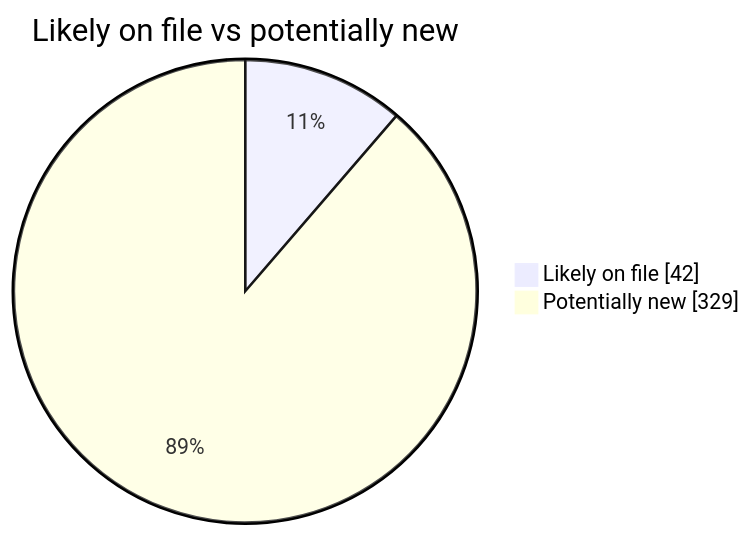
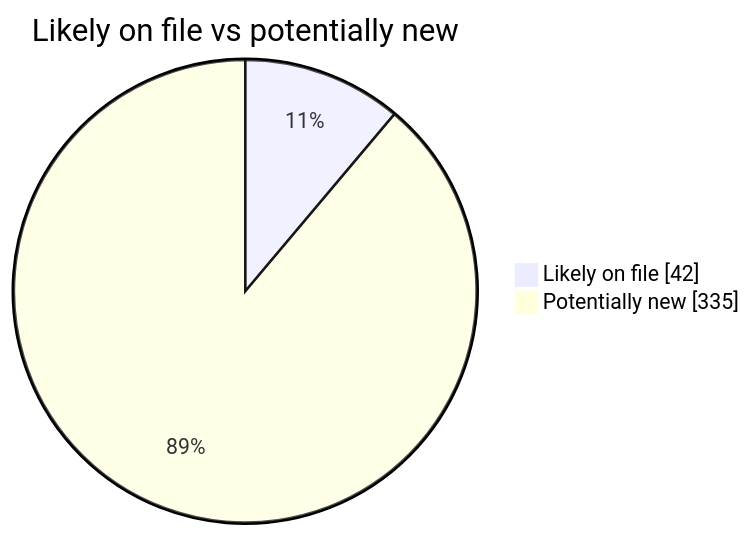
Before and after one commit to martinbalfanz/social-scanner-reports: the second of 4 diagrams in README.md, drawn with Mermaid. The commit also changed other lines of this file and 4 other files, not shown here.

````diff
--- a/README.md
+++ b/README.md
@@ -40,5 +40,5 @@
 ```mermaid
 pie showData title Likely on file vs potentially new
     "Likely on file" : 42
-    "Potentially new" : 329
+    "Potentially new" : 335
 ```
````
